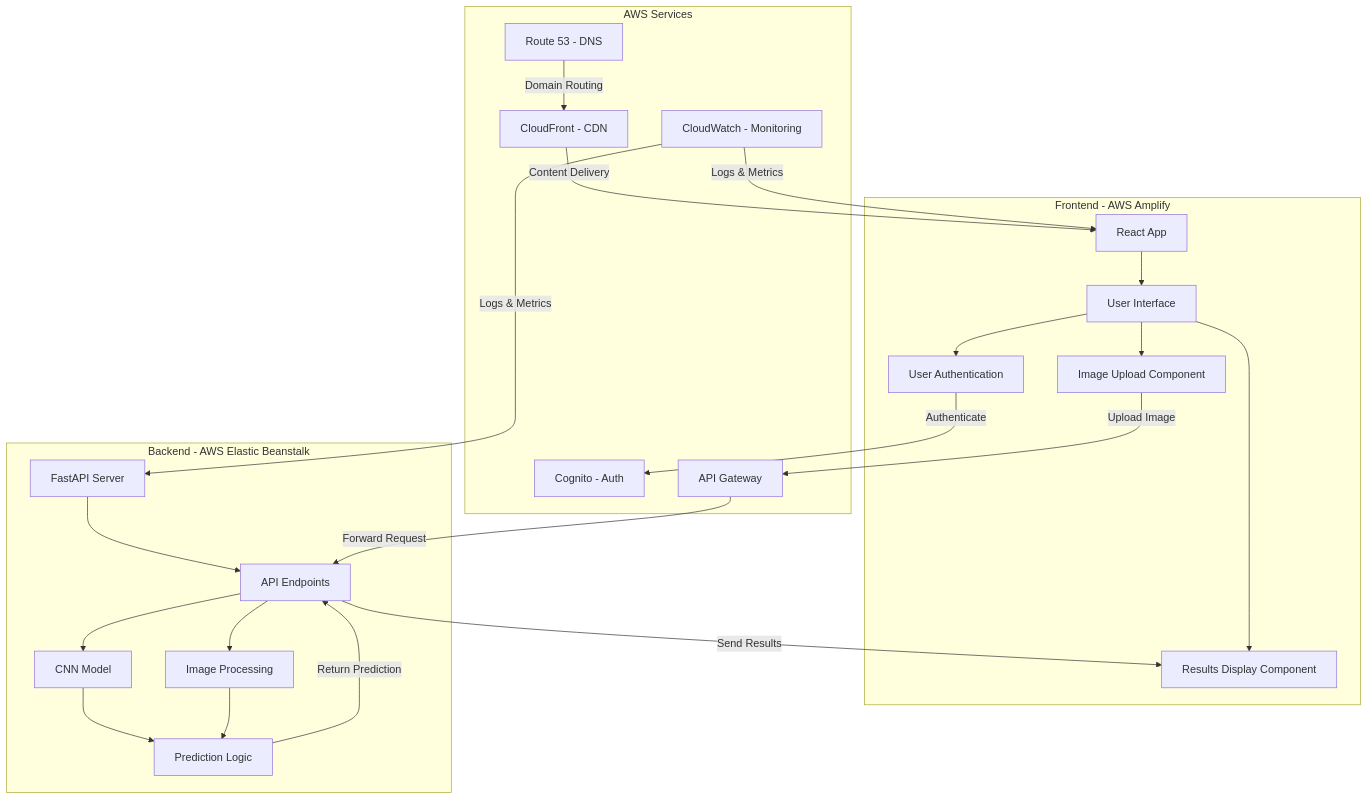
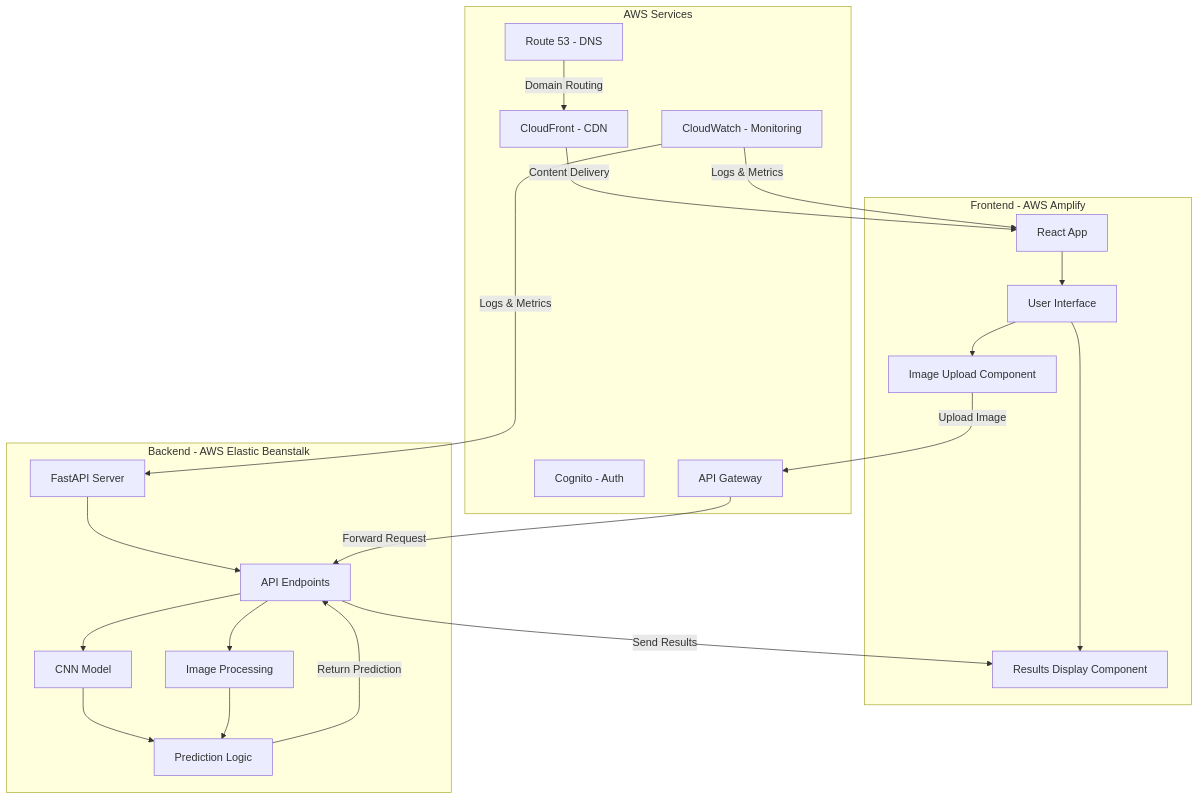
The diagram in README.md (DJFajana/210-Capstone), drawn with Mermaid before and after one commit.

````diff
--- a/README.md
+++ b/README.md
@@ -5,52 +5,49 @@
 ```mermaid
 flowchart TD
     subgraph "Frontend - AWS Amplify"
         A[React App]
         B[User Interface]
         C[Image Upload Component]
         D[Results Display Component]
-        E[User Authentication]
     end
 
     subgraph "Backend - AWS Elastic Beanstalk"
         F[FastAPI Server]
         G[API Endpoints]
         H[CNN Model]
         I[Image Processing]
         J[Prediction Logic]
     end
 
     subgraph "AWS Services"
         K[Route 53 - DNS]
         L[CloudFront - CDN]
         N[Cognito - Auth]
         O[API Gateway]
         P[CloudWatch - Monitoring]
     end
 
     %% Frontend flow
     A --> B
     B --> C
     B --> D
-    B --> E
 
     %% Backend flow
     F --> G
     G --> H
     G --> I
     H --> J
     I --> J
 
     %% Integration flow
     C -->|Upload Image| O
     O -->|Forward Request| G
     J -->|Return Prediction| G
     G -->|Send Results| D
-    E -->|Authenticate| N
 
     %% Infrastructure connections
     K -->|Domain Routing| L
     L -->|Content Delivery| A
     P -->|Logs & Metrics| F
     P -->|Logs & Metrics| A
 ```
````
